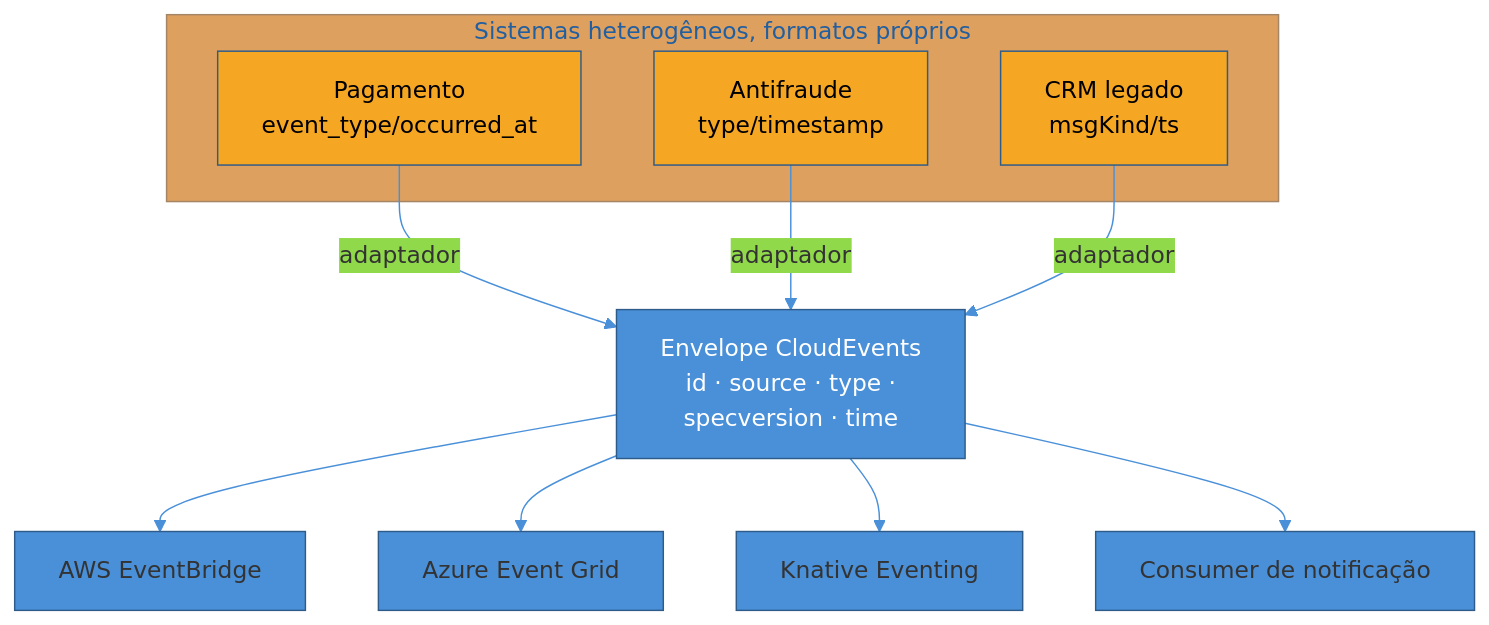
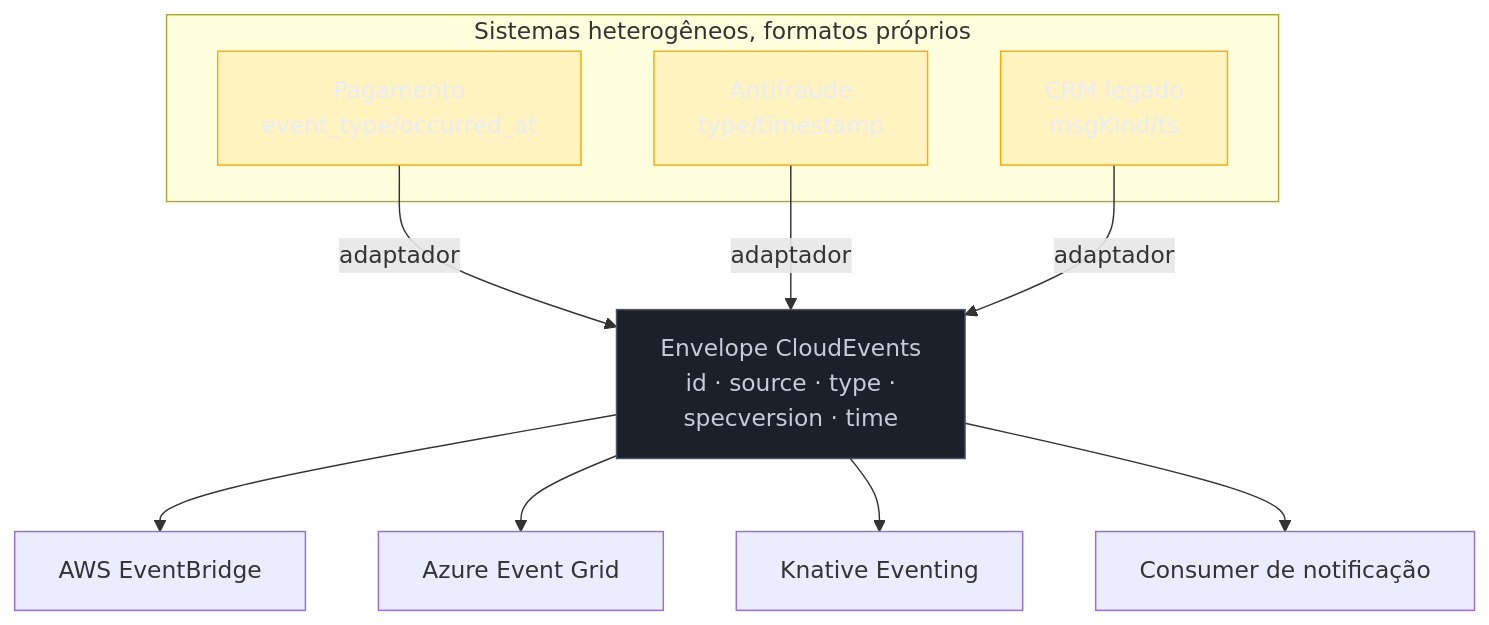
Before and after one commit to josenaldo/codex-technomanticus: the first of 2 diagrams in 03-Dominios/Engenharia/Comunicação entre Sistemas/4 - Comunicação assíncrona/06 - O que está emergindo em mensageria.md, drawn with Mermaid. The commit also changed other lines of this file and 1181 other files, not shown here.

First line of the commit message:
fix(diagramas): paleta do sistema no lugar de cor cravada no markdown

````diff
--- a/03-Dominios/Engenharia/Comunicação entre Sistemas/4 - Comunicação assíncrona/06 - O que está emergindo em mensageria.md
+++ b/03-Dominios/Engenharia/Comunicação entre Sistemas/4 - Comunicação assíncrona/06 - O que está emergindo em mensageria.md
@@ -107,23 +107,24 @@
 ```mermaid
-%%{init: {"theme": "base", "themeVariables": {"primaryColor": "#4A90D9", "primaryBorderColor": "#2E5C8A", "lineColor": "#4A90D9"}}}%%
 flowchart TD
+    classDef neutro fill:#1B2029,stroke:#4E5666,color:#C6CCD8
+    classDef destaque fill:#FFAA0024,stroke:#FFAA00,color:#E9ECF2
     subgraph SISTEMAS["Sistemas heterogêneos, formatos próprios"]
         S1["Pagamento<br/>event_type/occurred_at"]
         S2["Antifraude<br/>type/timestamp"]
         S3["CRM legado<br/>msgKind/ts"]
     end
 
     S1 -->|"adaptador"| ENV["Envelope CloudEvents<br/>id · source · type ·<br/>specversion · time"]
     S2 -->|"adaptador"| ENV
     S3 -->|"adaptador"| ENV
 
     ENV --> AWS["AWS EventBridge"]
     ENV --> AZ["Azure Event Grid"]
     ENV --> KN["Knative Eventing"]
     ENV --> C1["Consumer de notificação"]
 
-    style ENV fill:#4A90D9,color:#fff
-    style S1 fill:#F5A623,color:#000
-    style S2 fill:#F5A623,color:#000
-    style S3 fill:#F5A623,color:#000
+    class ENV neutro
+    class S1 destaque
+    class S2 destaque
+    class S3 destaque
 ```
````
